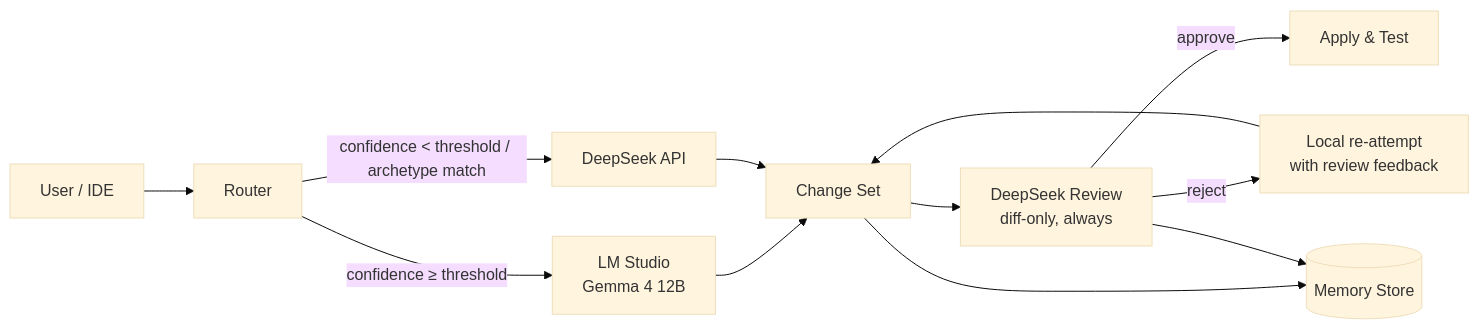
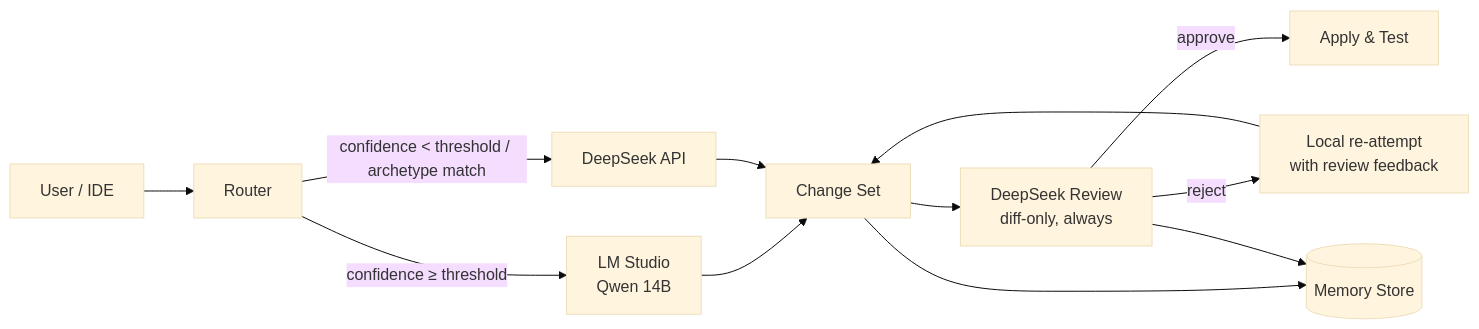
The first of 4 diagrams in Agents /ARCHITECTURE.md (Boris8800/Hybrid-agent), drawn with Mermaid (base theme) before and after one commit. The commit also changed other lines of this file and 25 other files, not shown here.

````diff
--- a/Agents /ARCHITECTURE.md
+++ b/Agents /ARCHITECTURE.md
@@ -23,13 +23,13 @@
 ```mermaid
 flowchart LR
     U[User / IDE] --> R[Router]
-    R -->|confidence ≥ threshold| LO[LM Studio<br/>Gemma 4 12B]
+    R -->|confidence ≥ threshold| LO[LM Studio<br/>Qwen 14B]
     R -->|confidence < threshold / archetype match| DC[DeepSeek API]
     LO --> C[Change Set]
     DC --> C
     C --> REV[DeepSeek Review<br/>diff-only, always]
     REV -->|approve| APPLY[Apply & Test]
     REV -->|reject| LO2[Local re-attempt<br/>with review feedback] --> C
     C --> MEM[(Memory Store)]
     REV --> MEM
 ```
````
